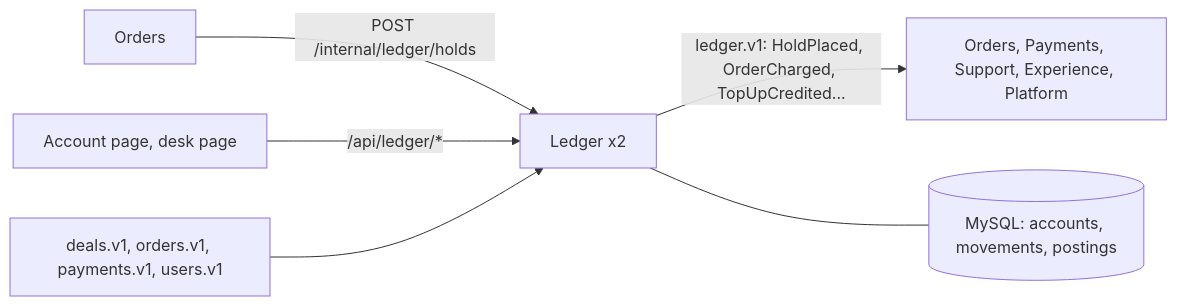
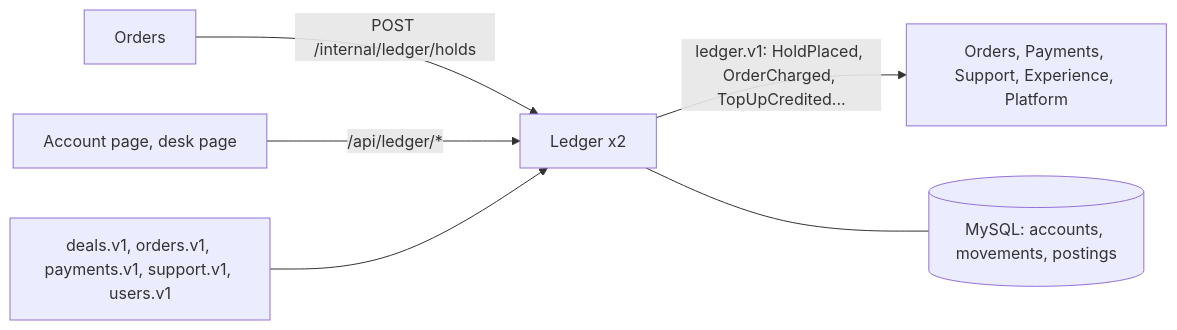
Before and after one commit to BaguetteJet/CSIS-Hackathon-2026: the diagram in README.md, drawn with Mermaid. The commit also changed other lines of this file and 19 other files, not shown here.

````diff
--- a/README.md
+++ b/README.md
@@ -7,8 +5,8 @@
 ```mermaid
 flowchart LR
   Orders -- "POST /internal/ledger/holds" --> L[Ledger x2]
   Pages["Account page, desk page"] -- "/api/ledger/*" --> L
-  In["deals.v1, orders.v1, payments.v1, users.v1"] --> L
+  In["deals.v1, orders.v1, payments.v1, support.v1, users.v1"] --> L
   L -- "ledger.v1: HoldPlaced, OrderCharged, TopUpCredited..." --> Out[Orders, Payments, Support, Experience, Platform]
   L --- DB[(MySQL: accounts, movements, postings)]
 ```
````
